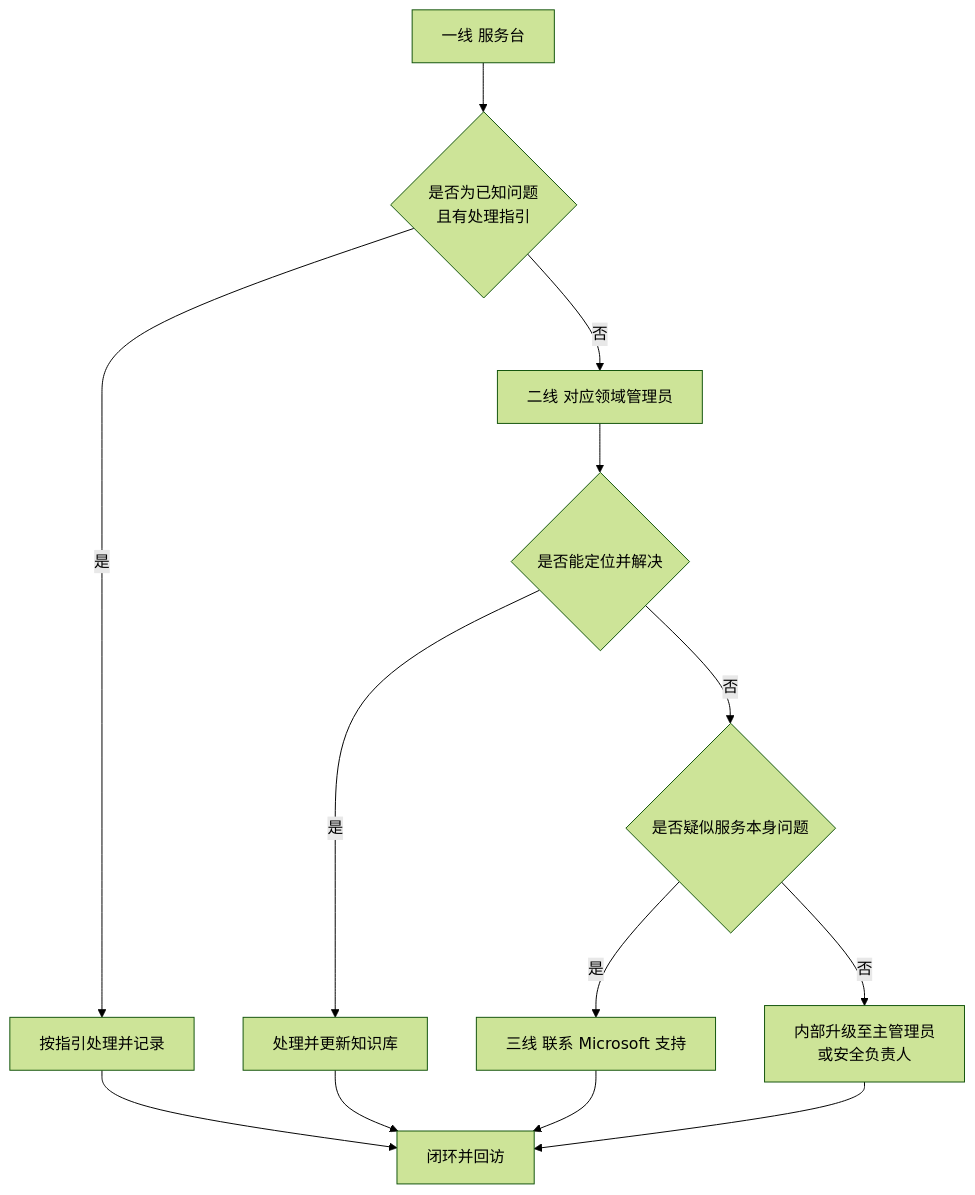
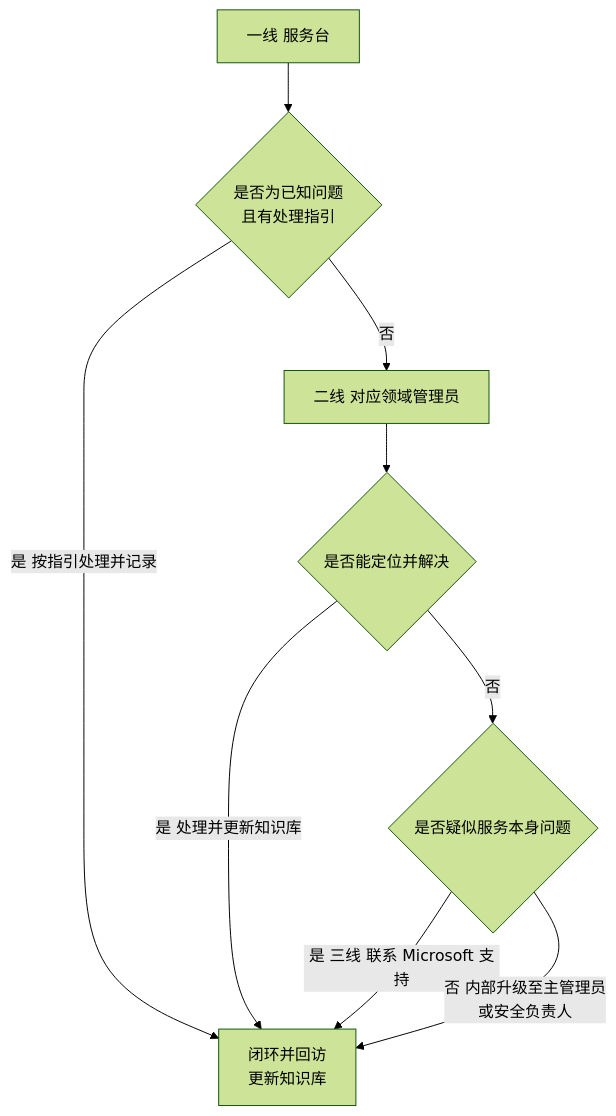
Before and after one commit to zerioo1970/summary: the diagram in Microsoft-365企业导入实施方案/06-上线运维与培训/13-升级支持与知识库.md, drawn with Mermaid (forest theme). The commit also changed 14 other files, not shown here.

First line of the commit message:
fix(docs): 修正 Mermaid 图渲染问题（15 个文件）

````diff
--- a/Microsoft-365企业导入实施方案/06-上线运维与培训/13-升级支持与知识库.md
+++ b/Microsoft-365企业导入实施方案/06-上线运维与培训/13-升级支持与知识库.md
@@ -14,15 +14,11 @@
 ```mermaid
 graph TD
     A[一线 服务台] --> B{是否为已知问题<br/>且有处理指引}
-    B -->|是| C[按指引处理并记录]
+    B -->|是 按指引处理并记录| Z[闭环并回访<br/>更新知识库]
     B -->|否| D[二线 对应领域管理员]
     D --> E{是否能定位并解决}
-    E -->|是| F[处理并更新知识库]
+    E -->|是 处理并更新知识库| Z
     E -->|否| G{是否疑似服务本身问题}
-    G -->|是| H[三线 联系 Microsoft 支持]
-    G -->|否| I[内部升级至主管理员<br/>或安全负责人]
-    C --> J[闭环并回访]
-    F --> J
-    H --> J
-    I --> J
+    G -->|是 三线 联系 Microsoft 支持| Z
+    G -->|否 内部升级至主管理员<br/>或安全负责人| Z
 ```
````
